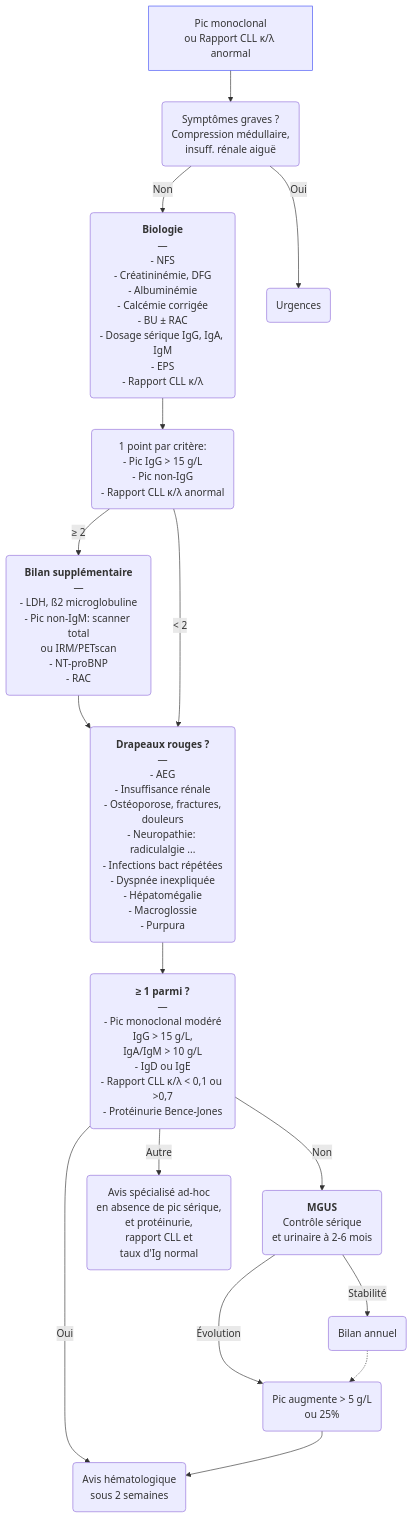
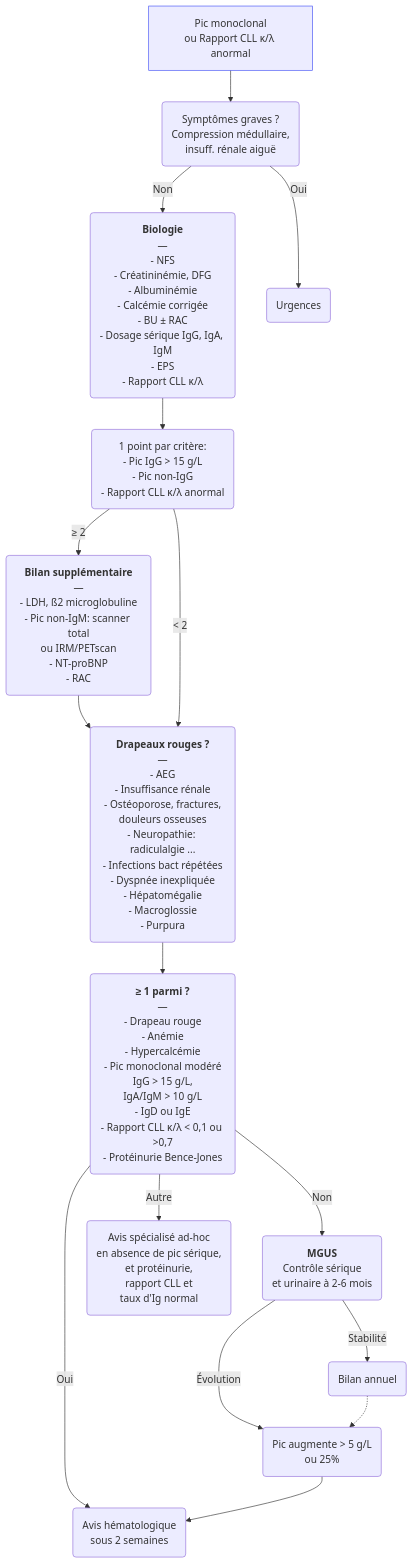
One commit to djibe/recommandations-medicales changed the diagram in content/recommandations/gammapathie-monoclonale-mgus.md. Above: the diagram before and after it, drawn with Mermaid. The commit also changed other lines of this file and 4 other files, not shown here.

```diff
--- a/content/recommandations/gammapathie-monoclonale-mgus.md
+++ b/content/recommandations/gammapathie-monoclonale-mgus.md
@@ -170,12 +193,12 @@
 {{< mermaid title="Prise en charge d'un pic monoclonal. Dr JB Fron d'après BSH 2023" >}}
 graph TB
   pic["Pic monoclonal<br>ou Rapport CLL κ/λ anormal"] --> gravité("Symptômes graves ?<br>Compression médullaire,<br>insuff. rénale aiguë") -- Non --> biologie("<b>Biologie</b><br>—<br>- NFS<br>- Créatininémie, DFG<br>- Albuminémie<br>- Calcémie corrigée<br>- BU ± RAC<br>- Dosage sérique IgG, IgA, IgM<br>- EPS<br>- Rapport CLL κ/λ")
   style pic stroke:#4150f5, stroke-width:1px
-    biologie --> Mayo("1 point par critère:<br>- Pic IgG &gt; 15 g/L<br>- Pic non-IgG<br>- Rapport CLL κ/λ anormal") --"≥ 2"--> sup("<b>Bilan supplémentaire</b><br>—<br>- LDH, ß2 microglobuline<br>- Pic non-IgM: scanner total<br>ou IRM/PETscan<br>- NT-proBNP<br>- RAC") --> clinique("<b>Drapeaux rouges ?</b><br>—<br>- AEG<br>- Insuffisance rénale<br>- Ostéoporose, fractures,<br>douleurs<br>- Neuropathie: radiculalgie ...<br>- Infections bact répétées<br>- Dyspnée inexpliquée<br>- Hépatomégalie<br>- Macroglossie<br>- Purpura")
+    biologie --> Mayo("1 point par critère:<br>- Pic IgG &gt; 15 g/L<br>- Pic non-IgG<br>- Rapport CLL κ/λ anormal") --"≥ 2"--> sup("<b>Bilan supplémentaire</b><br>—<br>- LDH, ß2 microglobuline<br>- Pic non-IgM: scanner total<br>ou IRM/PETscan<br>- NT-proBNP<br>- RAC") --> clinique("<b>Drapeaux rouges ?</b><br>—<br>- AEG<br>- Insuffisance rénale<br>- Ostéoporose, fractures,<br>douleurs osseuses<br>- Neuropathie: radiculalgie ...<br>- Infections bact répétées<br>- Dyspnée inexpliquée<br>- Hépatomégalie<br>- Macroglossie<br>- Purpura")
     Mayo -- "&lt; 2" --> clinique
-      clinique --> decision("<b>≥ 1 parmi ?</b><br>—<br>- Pic monoclonal modéré<br>IgG &gt; 15 g/L,<br>IgA/IgM &gt; 10 g/L<br>- IgD ou IgE<br>- Rapport CLL κ/λ &lt; 0,1 ou &gt;0,7<br>- Protéinurie Bence-Jones") -- Oui --> avisUrgent("Avis hématologique<br>sous 2 semaines")
+      clinique --> decision("<b>≥ 1 parmi ?</b><br>—<br>- Drapeau rouge<br>- Anémie<br>- Hypercalcémie<br>- Pic monoclonal modéré<br>IgG &gt; 15 g/L,<br>IgA/IgM &gt; 10 g/L<br>- IgD ou IgE<br>- Rapport CLL κ/λ &lt; 0,1 ou &gt;0,7<br>- Protéinurie Bence-Jones") -- Oui --> avisUrgent("Avis hématologique<br>sous 2 semaines")
         decision -- Non --> MGUS("<b>MGUS</b><br>Contrôle sérique<br>et urinaire à 2-6 mois") -- Évolution --> évolution("Pic augmente &gt; 5 g/L<br>ou 25%") --> avisUrgent
           MGUS -- Stabilité --> annuel(Bilan annuel) -.-> évolution
         decision -- Autre --> avis("Avis spécialisé ad-hoc<br>en absence de pic sérique,<br>et protéinurie,<br>rapport CLL et<br>taux d'Ig normal")
   gravité -- Oui --> urgences(Urgences)
 {{< /mermaid >}}
```
